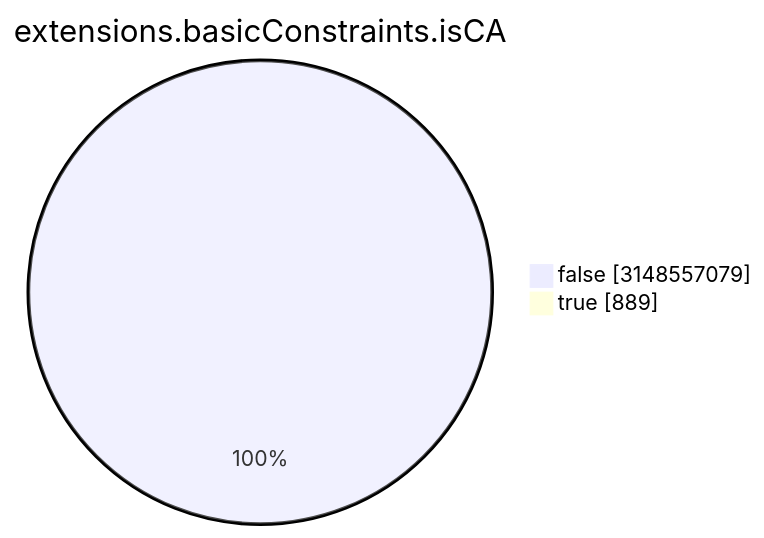
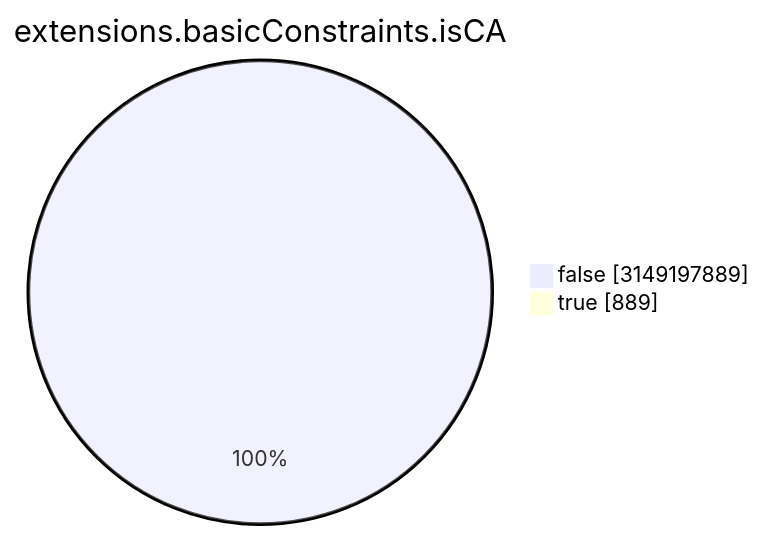
Before and after one commit to christiankrug/ctmonitor_visualization: the seventh of 15 diagrams in TOTAL/README.md, drawn with Mermaid. The commit also changed other lines of this file, not shown here.

````diff
--- a/TOTAL/README.md
+++ b/TOTAL/README.md
@@ -3088,6 +3088,6 @@
 ```mermaid
 pie showData
 title extensions.basicConstraints.isCA
-"false" :3148557079
+"false" :3149197889
 "true" :889
 ```
````
